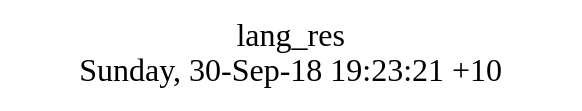
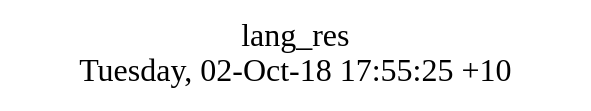
One commit to AplaProject/apps changed the diagram in src/lang_res/struct.dot. Above: the diagram before and after it, drawn with Graphviz. The commit also changed 8 other files, not shown here.

```diff
--- a/src/lang_res/struct.dot
+++ b/src/lang_res/struct.dot
@@ -1,8 +1,8 @@
 digraph G {
 fontsize="24";
-label="lang_res\nSunday, 30-Sep-18 19:23:21 +10";
+label="lang_res\nTuesday, 02-Oct-18 17:55:25 +10";
 nojustify=true;
 ordering=out;
 rankdir=LR;
 size="30";
 }
```
